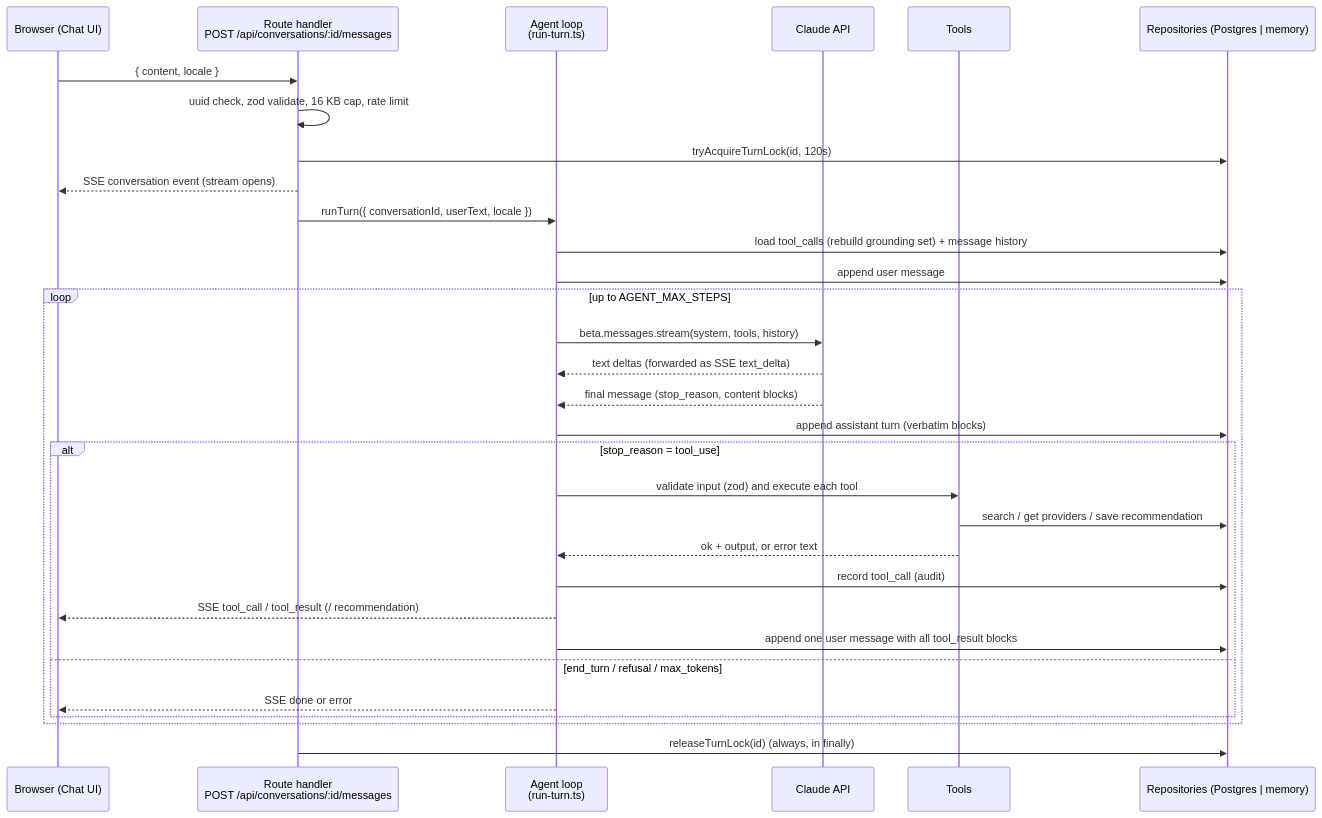
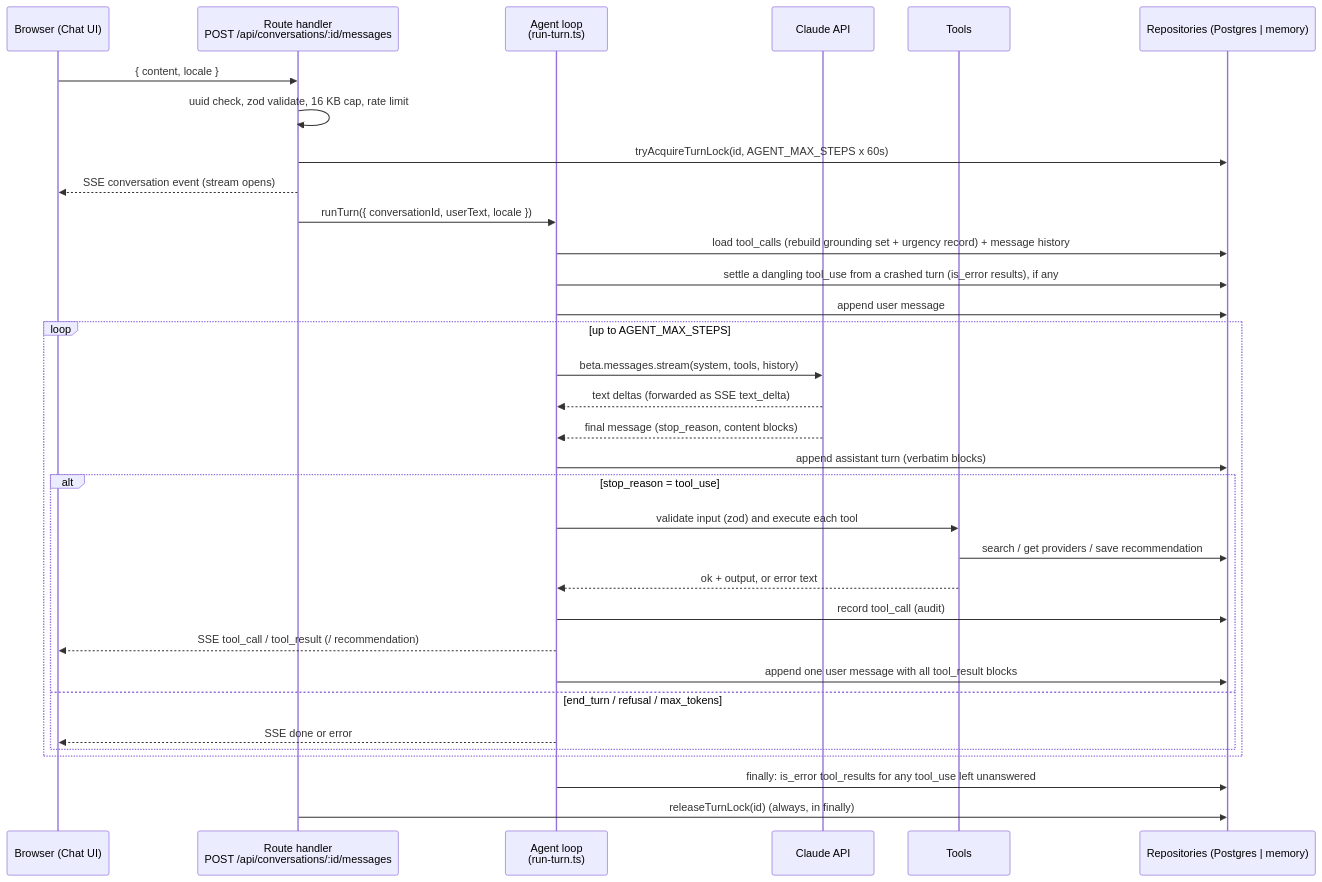
The diagram in docs/ARCHITECTURE.md (wajidalii/healtrip-ai-assistant), drawn with Mermaid before and after one commit. The commit also changed other lines of this file and 6 other files, not shown here.

````diff
--- a/docs/ARCHITECTURE.md
+++ b/docs/ARCHITECTURE.md
@@ -80,34 +93,36 @@
 ```mermaid
 sequenceDiagram
     participant U as Browser (Chat UI)
     participant R as Route handler<br/>POST /api/conversations/:id/messages
     participant A as Agent loop<br/>(run-turn.ts)
     participant C as Claude API
     participant T as Tools
     participant DB as Repositories (Postgres | memory)
 
     U->>R: { content, locale }
     R->>R: uuid check, zod validate, 16 KB cap, rate limit
-    R->>DB: tryAcquireTurnLock(id, 120s)
+    R->>DB: tryAcquireTurnLock(id, AGENT_MAX_STEPS x 60s)
     R-->>U: SSE conversation event (stream opens)
     R->>A: runTurn({ conversationId, userText, locale })
-    A->>DB: load tool_calls (rebuild grounding set) + message history
+    A->>DB: load tool_calls (rebuild grounding set + urgency record) + message history
+    A->>DB: settle a dangling tool_use from a crashed turn (is_error results), if any
     A->>DB: append user message
     loop up to AGENT_MAX_STEPS
         A->>C: beta.messages.stream(system, tools, history)
         C-->>A: text deltas (forwarded as SSE text_delta)
         C-->>A: final message (stop_reason, content blocks)
         A->>DB: append assistant turn (verbatim blocks)
         alt stop_reason = tool_use
             A->>T: validate input (zod) and execute each tool
             T->>DB: search / get providers / save recommendation
             T-->>A: ok + output, or error text
             A->>DB: record tool_call (audit)
             A-->>U: SSE tool_call / tool_result (/ recommendation)
             A->>DB: append one user message with all tool_result blocks
         else end_turn / refusal / max_tokens
             A-->>U: SSE done or error
         end
     end
+    A->>DB: finally: is_error tool_results for any tool_use left unanswered
     R->>DB: releaseTurnLock(id)  (always, in finally)
 ```
````
